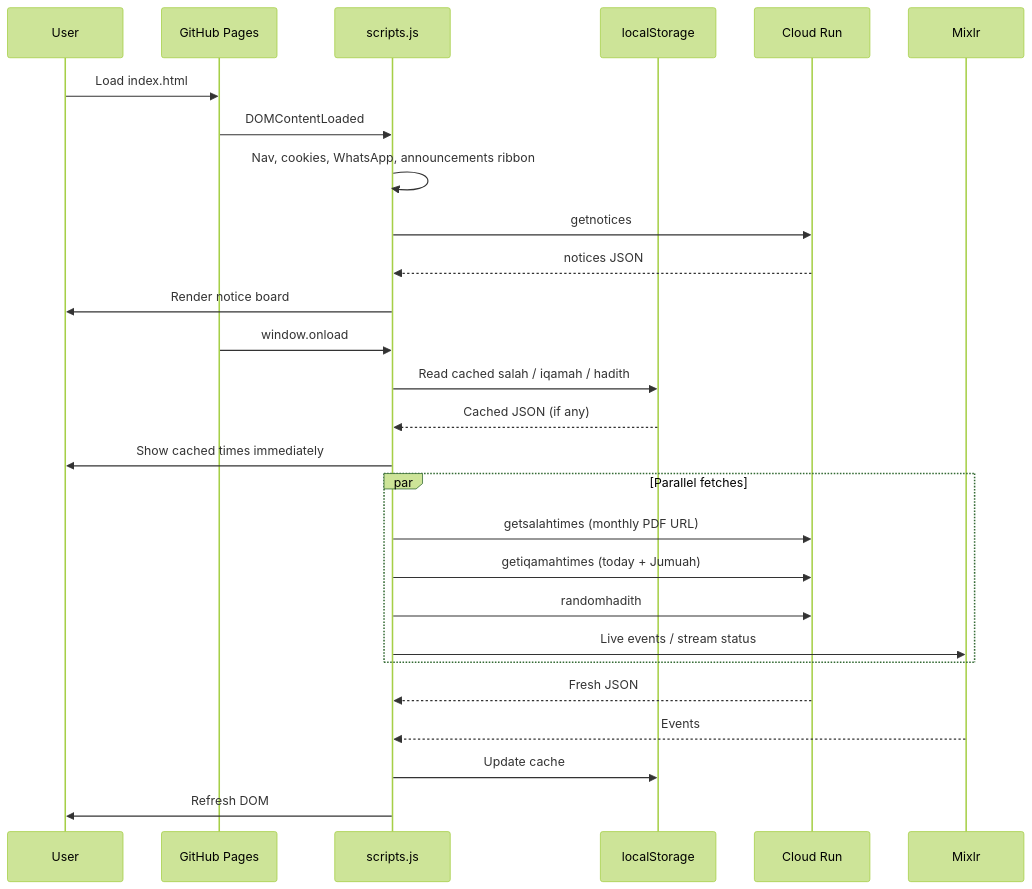
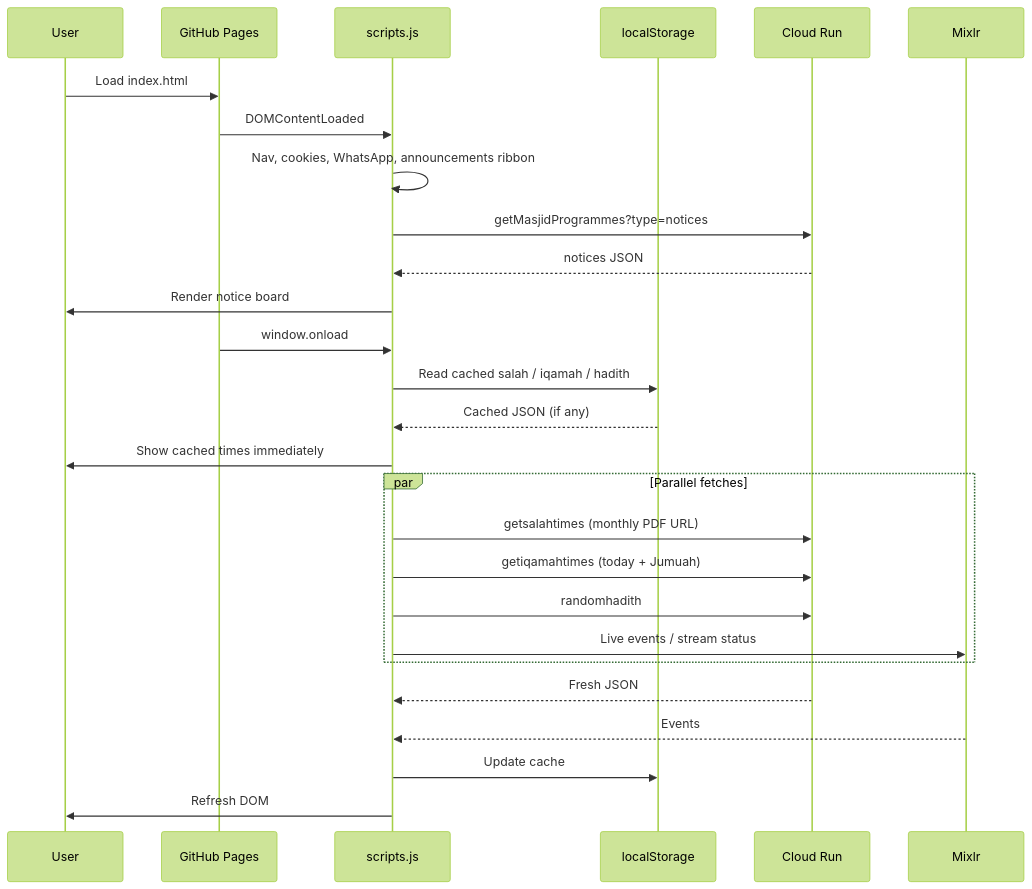
The second of 3 diagrams in README.md (traleemasjidkicc/traleemasjidkicc.github.io), drawn with Mermaid (forest theme) before and after one commit. The commit also changed other lines of this file and 17 other files, not shown here.

````diff
--- a/README.md
+++ b/README.md
@@ -189,31 +189,31 @@
 ```mermaid
 sequenceDiagram
     participant U as User
     participant P as GitHub Pages
     participant J as scripts.js
     participant LS as localStorage
     participant API as Cloud Run
     participant MX as Mixlr
 
     U->>P: Load index.html
     P->>J: DOMContentLoaded
     J->>J: Nav, cookies, WhatsApp, announcements ribbon
-    J->>API: getnotices
+    J->>API: getMasjidProgrammes?type=notices
     API-->>J: notices JSON
     J->>U: Render notice board
 
     P->>J: window.onload
     J->>LS: Read cached salah / iqamah / hadith
     LS-->>J: Cached JSON (if any)
     J->>U: Show cached times immediately
     par Parallel fetches
         J->>API: getsalahtimes (monthly PDF URL)
         J->>API: getiqamahtimes (today + Jumuah)
         J->>API: randomhadith
         J->>MX: Live events / stream status
     end
     API-->>J: Fresh JSON
     MX-->>J: Events
     J->>LS: Update cache
     J->>U: Refresh DOM
 ```
````
